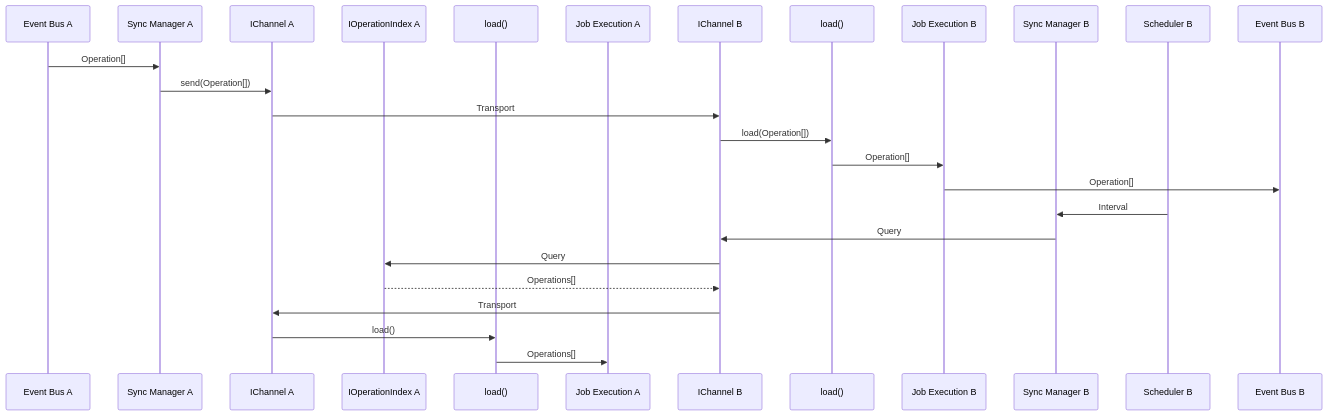
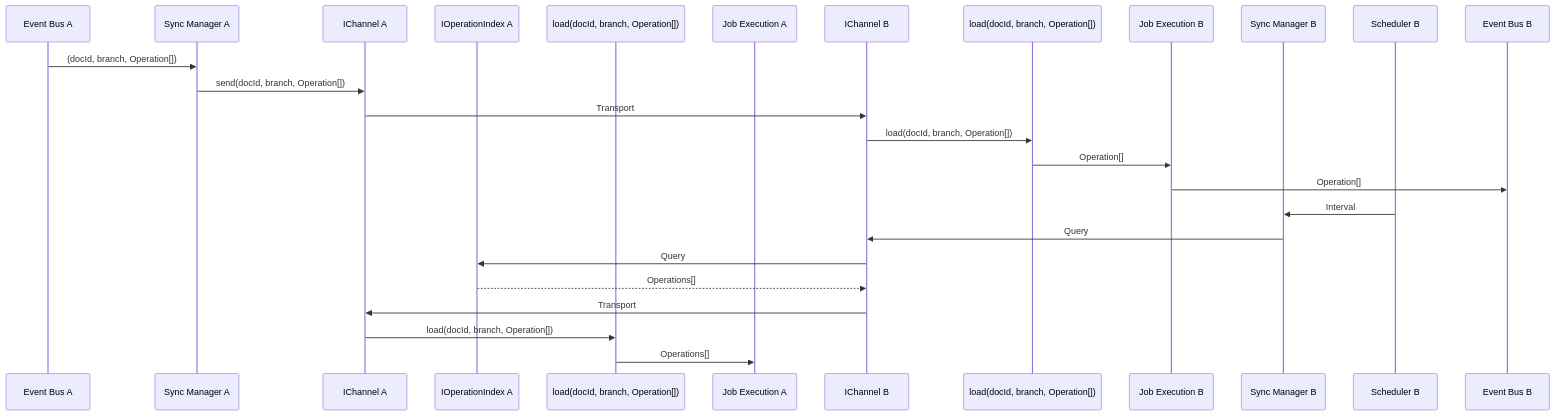
Before and after one commit to powerhouse-inc/powerhouse: the fourth of 4 diagrams in packages/reactor/docs/planning/Synchronization/index.md, drawn with Mermaid. The commit also changed other lines of this file, not shown here.

````diff
--- a/packages/reactor/docs/planning/Synchronization/index.md
+++ b/packages/reactor/docs/planning/Synchronization/index.md
@@ -128,33 +130,33 @@
 ```mermaid
 sequenceDiagram
     participant EBA as Event Bus A
     participant SMA as Sync Manager A
     participant AChannel as IChannel A
     participant AOI as IOperationIndex A
-    participant LoadA as load()
+    participant LoadA as load(docId, branch, Operation[])
     participant JEA as Job Execution A
 
     participant BChannel as IChannel B
-    participant LoadB as load()
+    participant LoadB as load(docId, branch, Operation[])
     participant JEB as Job Execution B
     participant SMB as Sync Manager B
     participant SchedulerB as Scheduler B
     participant EBB as Event Bus B
 
     %% Reactor A pushes operations
-    EBA->>SMA: Operation[]
-    SMA->>AChannel: send(Operation[])
+    EBA->>SMA: (docId, branch, Operation[])
+    SMA->>AChannel: send(docId, branch, Operation[])
     AChannel->>BChannel: Transport
-    BChannel->>LoadB: load(Operation[])
+    BChannel->>LoadB: load(docId, branch, Operation[])
     LoadB->>JEB: Operation[]
     JEB->>EBB: Operation[]
 
     %% Reactor B pulls operations
     SchedulerB->>SMB: Interval
     SMB->>BChannel: Query
     BChannel->>AOI: Query
     AOI-->>BChannel: Operations[]
     BChannel->>AChannel: Transport
-    AChannel->>LoadA: load()
+    AChannel->>LoadA: load(docId, branch, Operation[])
     LoadA->>JEA: Operations[]
 ```
````
